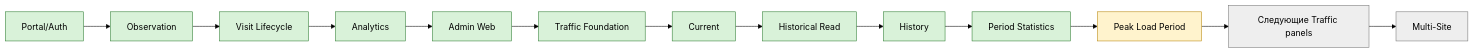
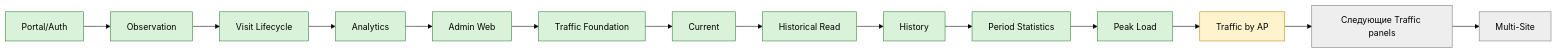
Diagram 16 of 18 in README_RU.md (ZaurNavi/CaptivePortal), drawn with Mermaid (forest theme) before and after one commit. The commit also changed other lines of this file and 11 other files, not shown here.

````diff
--- a/README_RU.md
+++ b/README_RU.md
@@ -792,19 +793,20 @@
 ```mermaid
 flowchart LR
     P[Portal/Auth]:::done --> O[Observation]:::done
     O --> V[Visit Lifecycle]:::done
     V --> A[Analytics]:::done
     A --> W[Admin Web]:::done
     W --> T0[Traffic Foundation]:::done
     T0 --> T1[Current]:::done
     T1 --> T2R[Historical Read]:::done
     T2R --> T2[History]:::done
     T2 --> T3[Period Statistics]:::done
-    T3 --> T4[Peak Load Period]:::next
-    T4 --> TP[Следующие Traffic panels]:::future
+    T3 --> T4[Peak Load]:::done
+    T4 --> T5[Traffic by AP]:::next
+    T5 --> TP[Следующие Traffic panels]:::future
     TP --> MS[Multi-Site]:::future
 
     classDef done fill:#d9f2d9,stroke:#2e7d32,color:#000;
     classDef next fill:#fff3cd,stroke:#b8860b,color:#000;
     classDef future fill:#eeeeee,stroke:#777,color:#000;
 ```
````
